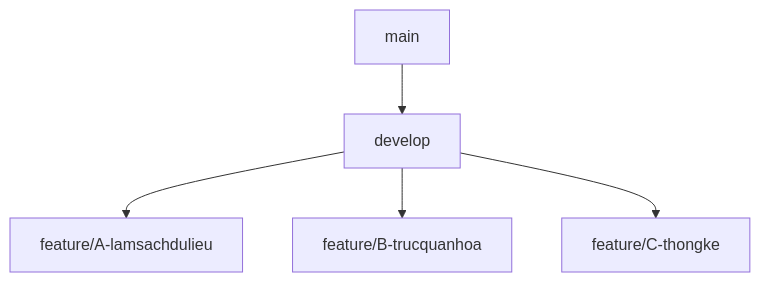
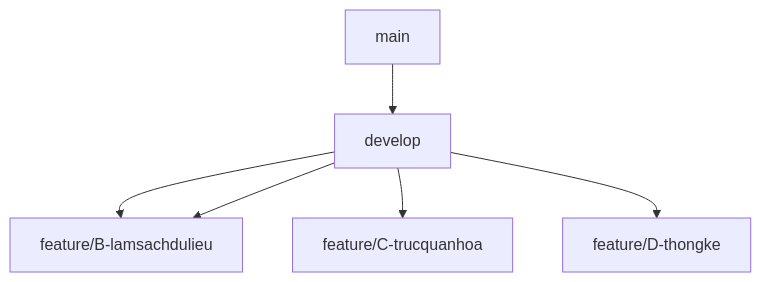
The diagram in README.md (nguyendat6625/uneti-ds-project1-sleep-health), drawn with Mermaid before and after one commit.

Commit message:
update file readme.md

````diff
--- a/README.md
+++ b/README.md
@@ -23,7 +23,8 @@
 ```mermaid
 graph TD;
     A[main] --> B[develop];
     B --> C[feature/A-lamsachdulieu];
-    B --> D[feature/B-trucquanhoa];
-    B --> E[feature/C-thongke];
+    B --> C[feature/B-lamsachdulieu];
+    B --> D[feature/C-trucquanhoa];
+    B --> E[feature/D-thongke];
 ```
````
